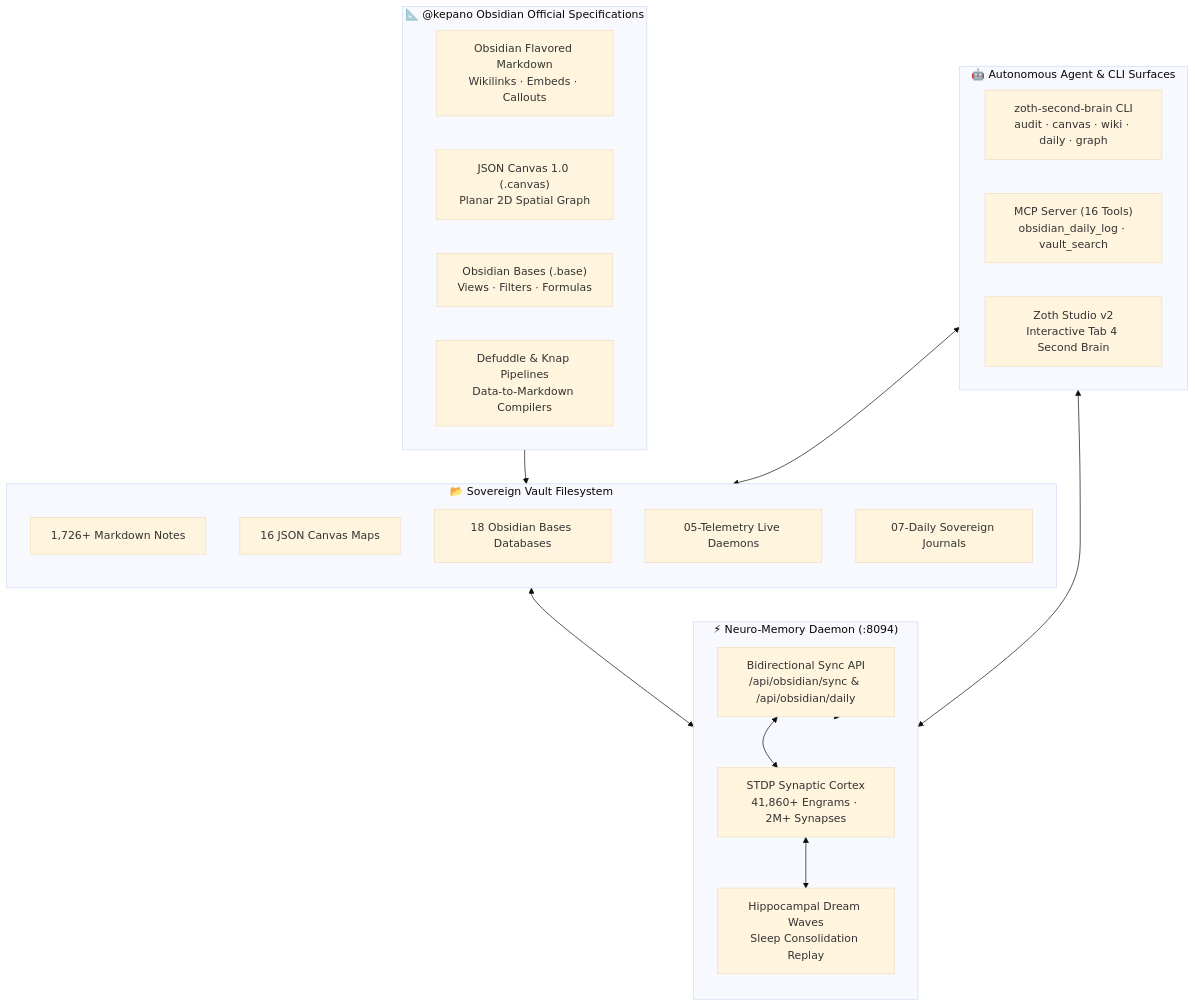
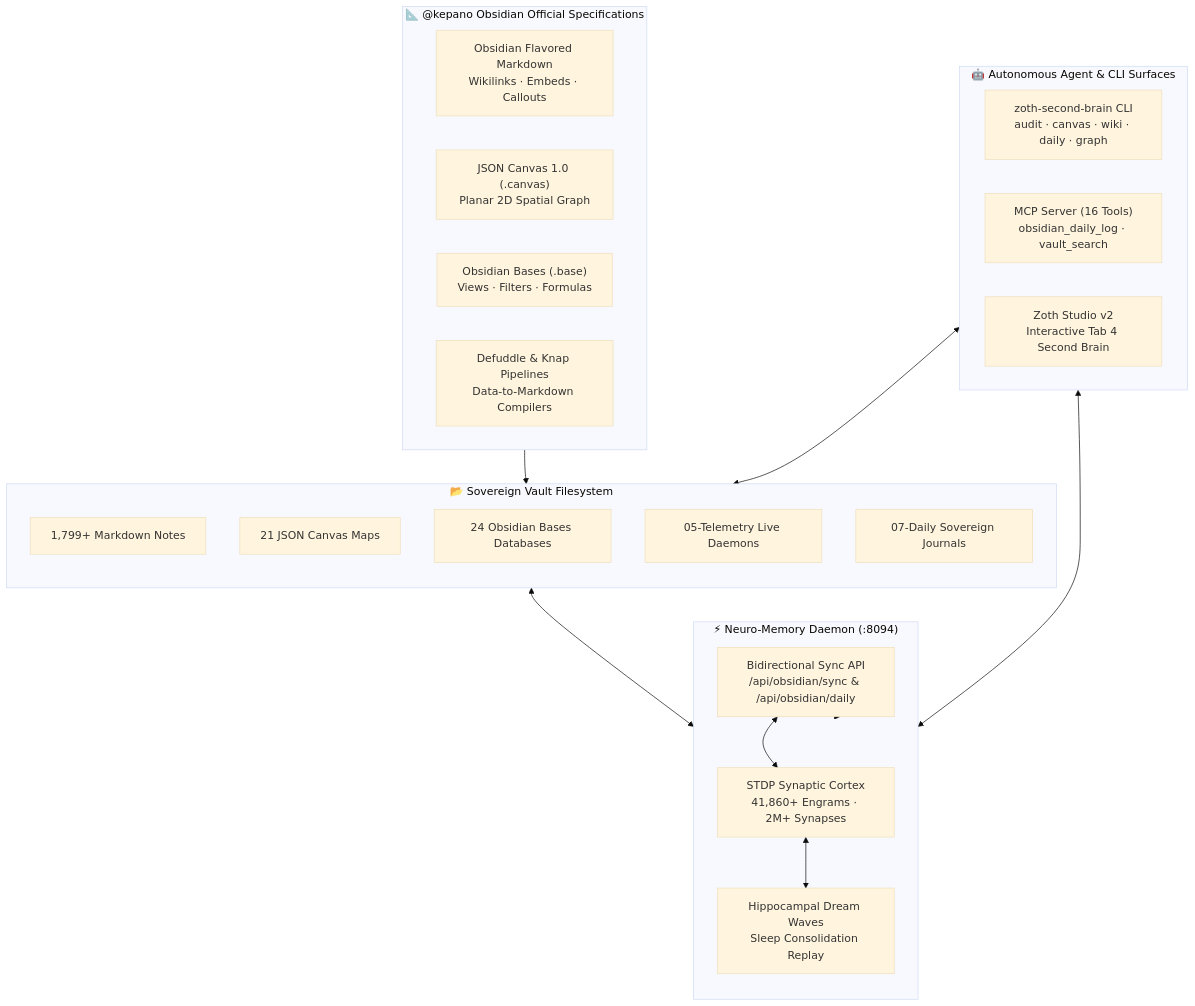
The diagram in config/includes.chroot/etc/skel/Documents/Obsidian Vault/06-Wiki/Obsidian Second Brain, JSON Canvas 1.0 & Bases Architecture.md (1nc0gn30/zoth-os), drawn with Mermaid (base theme) before and after one commit. The commit also changed other lines of this file and 153 other files, not shown here.

````diff
--- a/config/includes.chroot/etc/skel/Documents/Obsidian Vault/06-Wiki/Obsidian Second Brain, JSON Canvas 1.0 & Bases Architecture.md
+++ b/config/includes.chroot/etc/skel/Documents/Obsidian Vault/06-Wiki/Obsidian Second Brain, JSON Canvas 1.0 & Bases Architecture.md
@@ -19,40 +19,40 @@
 ```mermaid
 flowchart TD
     subgraph SpecLayer["📐 @kepano Obsidian Official Specifications"]
         OFM["Obsidian Flavored Markdown<br/>Wikilinks · Embeds · Callouts"]
         JC["JSON Canvas 1.0 (.canvas)<br/>Planar 2D Spatial Graph"]
         OB["Obsidian Bases (.base)<br/>Views · Filters · Formulas"]
         DK["Defuddle & Knap Pipelines<br/>Data-to-Markdown Compilers"]
     end
 
     subgraph VaultSubstrate["📂 Sovereign Vault Filesystem"]
         direction TB
-        V1["1,726+ Markdown Notes"]
-        V2["16 JSON Canvas Maps"]
-        V3["18 Obsidian Bases Databases"]
+        V1["1,799+ Markdown Notes"]
+        V2["21 JSON Canvas Maps"]
+        V3["24 Obsidian Bases Databases"]
         V4["05-Telemetry Live Daemons"]
         V5["07-Daily Sovereign Journals"]
         V1 & V2 & V3 & V4 & V5
     end
 
     subgraph STDPBridge["⚡ Neuro-Memory Daemon (:8094)"]
         direction TB
         Cortex["STDP Synaptic Cortex<br/>41,860+ Engrams · 2M+ Synapses"]
         Dream["Hippocampal Dream Waves<br/>Sleep Consolidation Replay"]
         Bridge["Bidirectional Sync API<br/>/api/obsidian/sync & /api/obsidian/daily"]
         Cortex <--> Dream
         Bridge <--> Cortex
     end
 
     subgraph AgentMesh["🤖 Autonomous Agent & CLI Surfaces"]
         CLI["zoth-second-brain CLI<br/>audit · canvas · wiki · daily · graph"]
         MCP["MCP Server (16 Tools)<br/>obsidian_daily_log · vault_search"]
         Studio["Zoth Studio v2<br/>Interactive Tab 4 Second Brain"]
     end
 
     SpecLayer --> VaultSubstrate
     VaultSubstrate <--> Bridge
     Bridge --> STDPBridge
     AgentMesh <--> VaultSubstrate
     AgentMesh <--> STDPBridge
 ```
````
